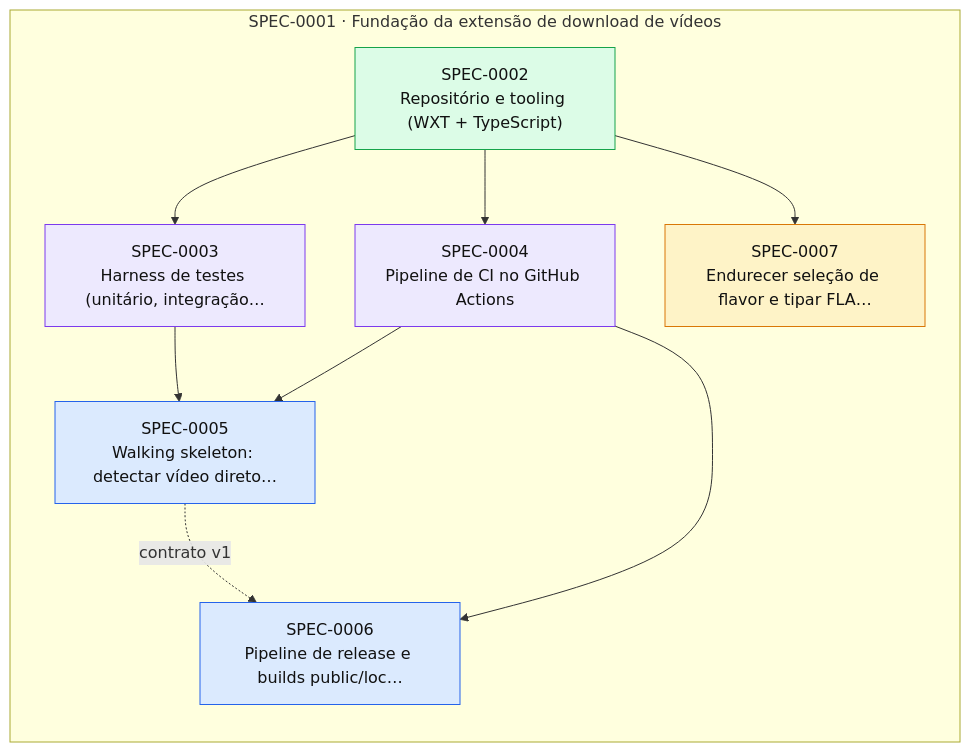
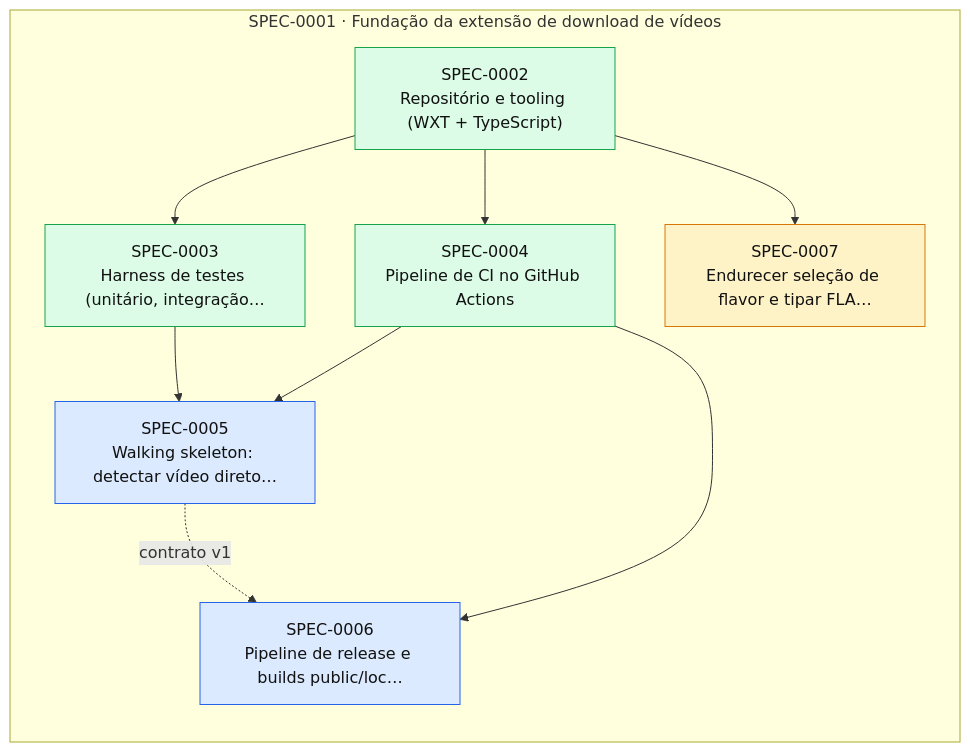
Before and after one commit to thomasravache/video-downloader: the diagram in docs/specs/INDEX.md, drawn with Mermaid. The commit also changed other lines of this file and 2 other files, not shown here.

First line of the commit message:
docs(sdd): close SPEC-0003 and SPEC-0004

````diff
--- a/docs/specs/INDEX.md
+++ b/docs/specs/INDEX.md
@@ -60,23 +58,23 @@
 ```mermaid
 flowchart LR
   subgraph E0001["SPEC-0001 · Fundação da extensão de download de vídeos"]
     S0002["SPEC-0002<br/>Repositório e tooling (WXT + TypeScript)"]:::implemented
-    S0003["SPEC-0003<br/>Harness de testes (unitário, integração…"]:::inprogress
-    S0004["SPEC-0004<br/>Pipeline de CI no GitHub Actions"]:::inprogress
+    S0003["SPEC-0003<br/>Harness de testes (unitário, integração…"]:::implemented
+    S0004["SPEC-0004<br/>Pipeline de CI no GitHub Actions"]:::implemented
     S0005["SPEC-0005<br/>Walking skeleton: detectar vídeo direto…"]:::approved
     S0006["SPEC-0006<br/>Pipeline de release e builds public/loc…"]:::approved
     S0007["SPEC-0007<br/>Endurecer seleção de flavor e tipar FLA…"]:::proposed
   end
   S0002 --> S0003
   S0002 --> S0004
   S0003 --> S0005
   S0004 --> S0005
   S0004 --> S0006
   S0005 -. contrato v1 .-> S0006
   S0002 --> S0007
   classDef proposed fill:#fef3c7,stroke:#d97706,color:#111
   classDef approved fill:#dbeafe,stroke:#2563eb,color:#111
   classDef inprogress fill:#ede9fe,stroke:#7c3aed,color:#111
   classDef implemented fill:#dcfce7,stroke:#16a34a,color:#111
   classDef deprecated fill:#f3f4f6,stroke:#9ca3af,color:#6b7280
 ```
````
